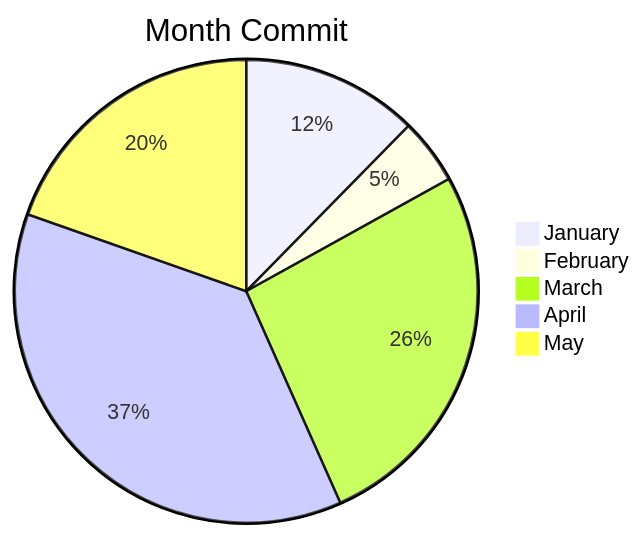
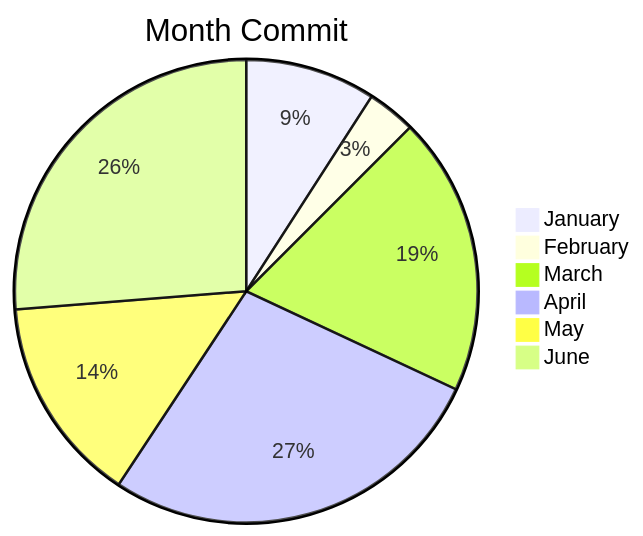
One commit to BackdevHong/WOC changed the first of 2 diagrams in README.md. Above: the diagram before and after it, drawn with Mermaid. The commit also changed other lines of this file, not shown here.

````diff
--- a/README.md
+++ b/README.md
@@ -11,8 +12,9 @@
 ```mermaid
 pie title Month Commit
     "January" : 51
     "February" : 19
     "March" : 109
     "April" : 153
     "May" : 81
+    "June" : 147
 ```
````
